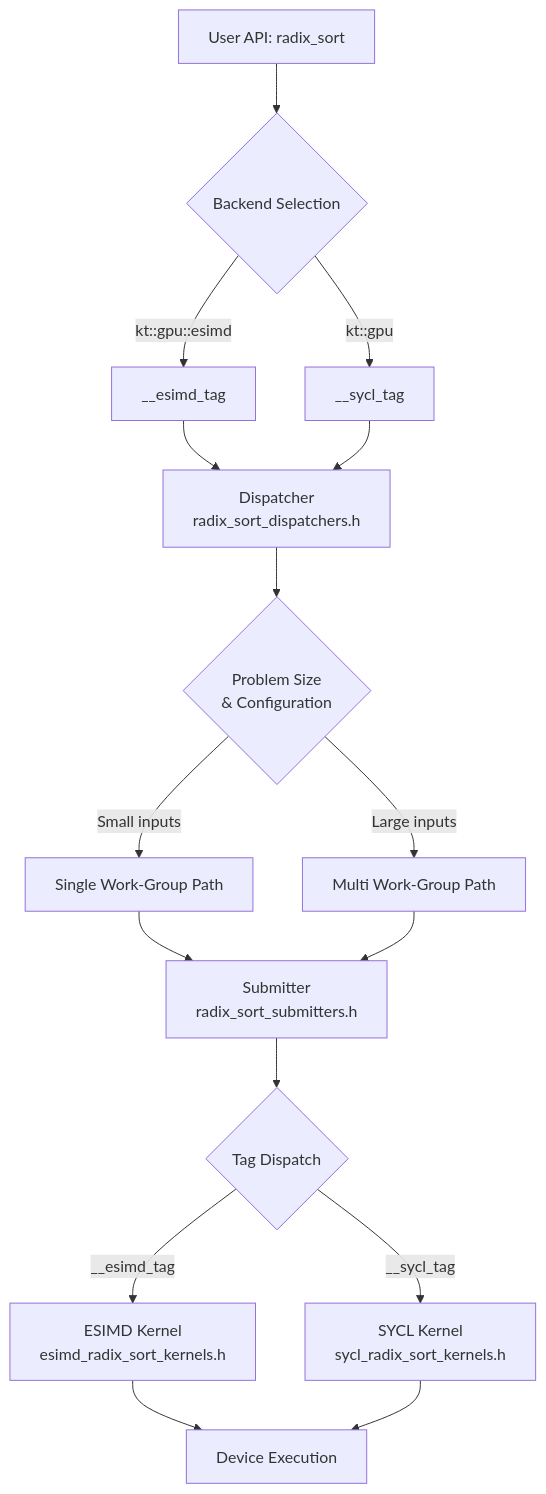
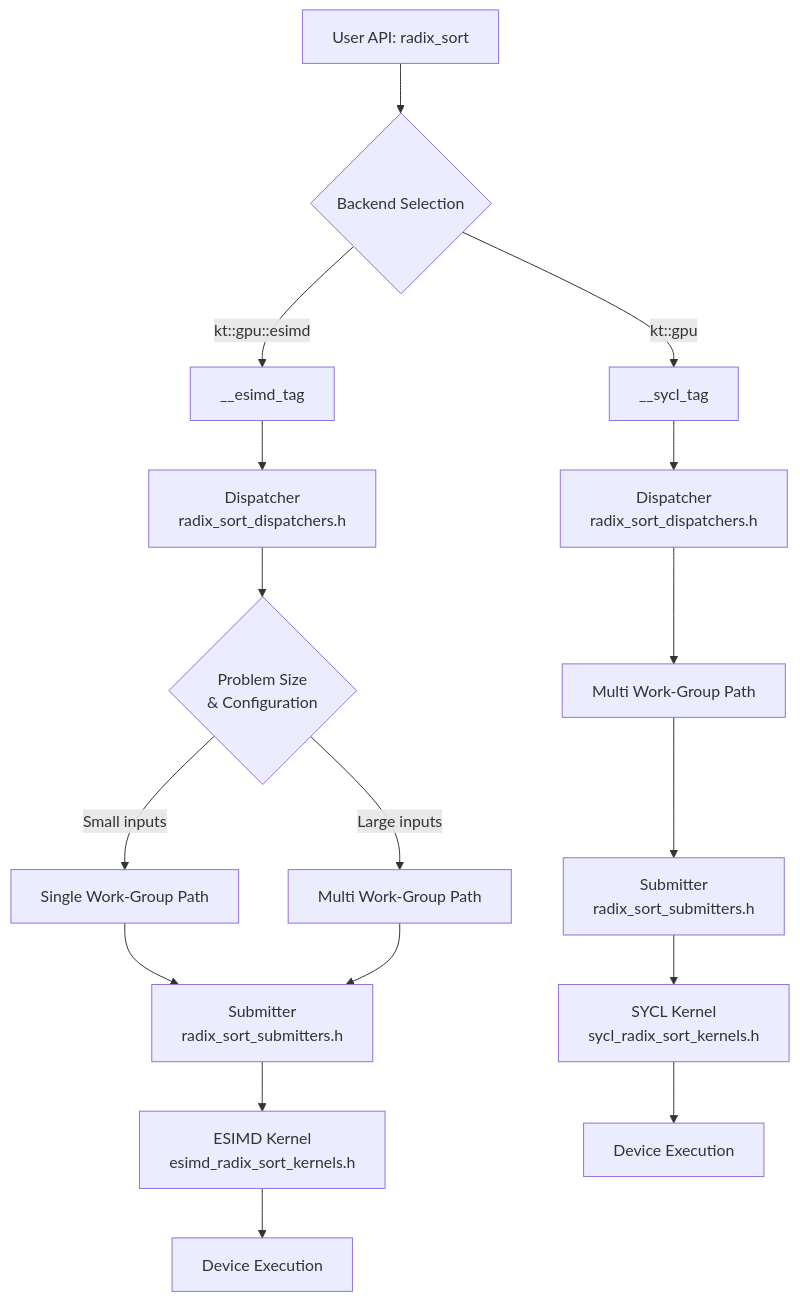
One commit to uxlfoundation/oneDPL changed the diagram in rfcs/experimental/radix_sort_esimd_sycl.md. Above: the diagram before and after it, drawn with Mermaid.

Commit message:
two distinct subtrees for design

````diff
--- a/rfcs/experimental/radix_sort_esimd_sycl.md
+++ b/rfcs/experimental/radix_sort_esimd_sycl.md
@@ -214,23 +214,26 @@
 ```mermaid
 graph TD
     A[User API: radix_sort] --> B{Backend Selection}
+
     B -->|kt::gpu::esimd| C[__esimd_tag]
     B -->|kt::gpu| D[__sycl_tag]
 
-    C --> E[Dispatcher<br/>radix_sort_dispatchers.h]
-    D --> E
+    C --> E1[Dispatcher<br/>radix_sort_dispatchers.h]
+    D --> E2[Dispatcher<br/>radix_sort_dispatchers.h]
 
-    E --> F{Problem Size<br/>& Configuration}
+    E1 --> F{Problem Size<br/>& Configuration}
     F -->|Small inputs| G[Single Work-Group Path]
     F -->|Large inputs| H[Multi Work-Group Path]
 
-    G --> I[Submitter<br/>radix_sort_submitters.h]
-    H --> I
+    E2 --> I2[Multi Work-Group Path]
 
-    I --> J{Tag Dispatch}
-    J -->|__esimd_tag| K[ESIMD Kernel<br/>esimd_radix_sort_kernels.h]
-    J -->|__sycl_tag| L[SYCL Kernel<br/>sycl_radix_sort_kernels.h]
+    G --> J1[Submitter<br/>radix_sort_submitters.h]
+    H --> J1
+    I2 --> J2[Submitter<br/>radix_sort_submitters.h]
 
-    K --> M[Device Execution]
-    L --> M
+    J1 --> K[ESIMD Kernel<br/>esimd_radix_sort_kernels.h]
+    J2 --> L[SYCL Kernel<br/>sycl_radix_sort_kernels.h]
+
+    K --> M1[Device Execution]
+    L --> M2[Device Execution]
 ```
````
